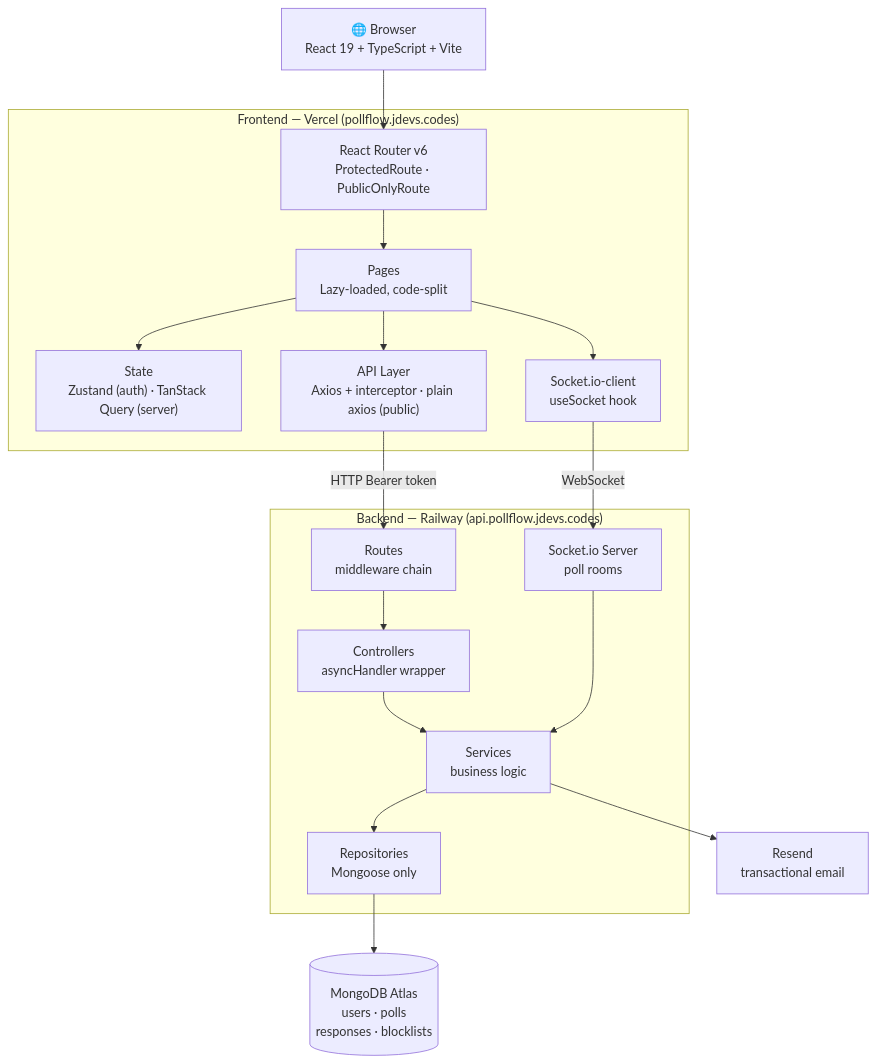
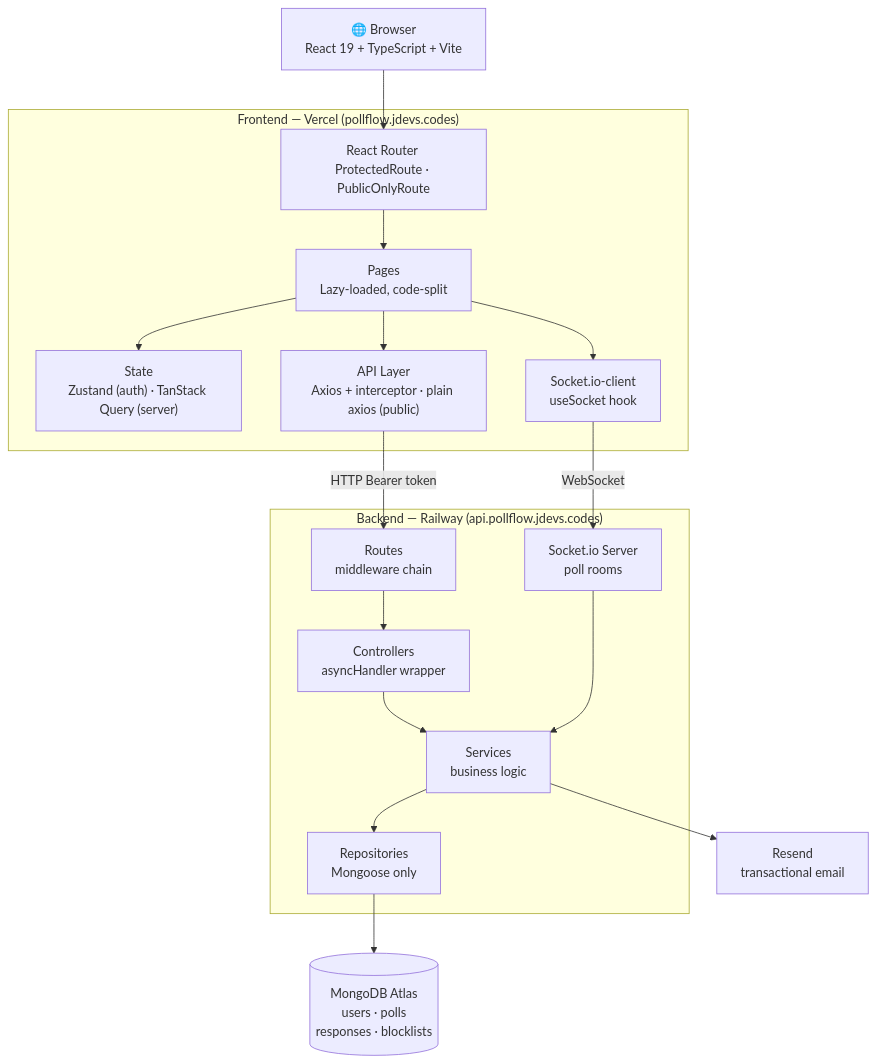
The first of 4 diagrams in README.md (PreetMax85/pollflow), drawn with Mermaid before and after one commit. The commit also changed 1 other file, not shown here.

Commit message:
Drop React Router version number from diagram

````diff
--- a/README.md
+++ b/README.md
@@ -98,34 +98,34 @@
 ```mermaid
 flowchart TD
     Browser["🌐 Browser\nReact 19 + TypeScript + Vite"]
 
     subgraph Frontend["Frontend — Vercel (pollflow.jdevs.codes)"]
-        Router["React Router v6\nProtectedRoute · PublicOnlyRoute"]
+        Router["React Router \nProtectedRoute · PublicOnlyRoute"]
         Pages["Pages\nLazy-loaded, code-split"]
         State["State\nZustand (auth) · TanStack Query (server)"]
         API["API Layer\nAxios + interceptor · plain axios (public)"]
         WS["Socket.io-client\nuseSocket hook"]
     end
 
     subgraph Backend["Backend — Railway (api.pollflow.jdevs.codes)"]
         Routes["Routes\nmiddleware chain"]
         Controllers["Controllers\nasyncHandler wrapper"]
         Services["Services\nbusiness logic"]
         Repos["Repositories\nMongoose only"]
         SocketServer["Socket.io Server\npoll rooms"]
     end
 
     DB[("MongoDB Atlas\nusers · polls\nresponses · blocklists")]
     Email["Resend\ntransactional email"]
 
     Browser --> Router
     Router --> Pages
     Pages --> State
     Pages --> API
     Pages --> WS
     API -->|"HTTP Bearer token"| Routes
     WS -->|"WebSocket"| SocketServer
     Routes --> Controllers --> Services --> Repos --> DB
     SocketServer --> Services
     Services --> Email
 ```
````
